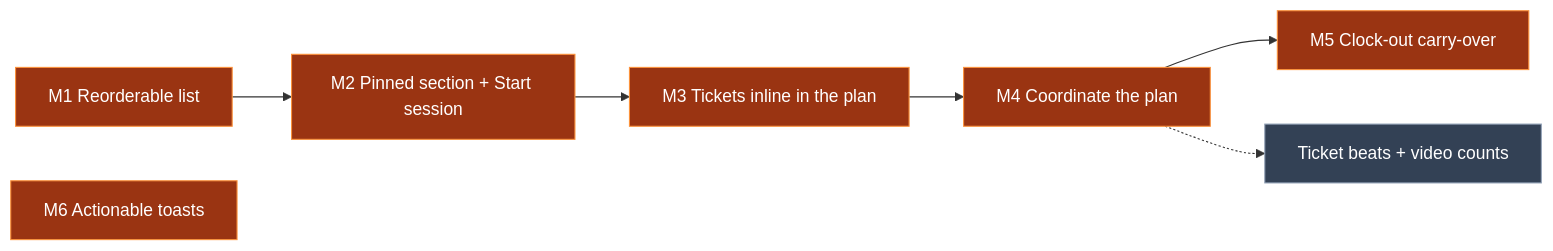
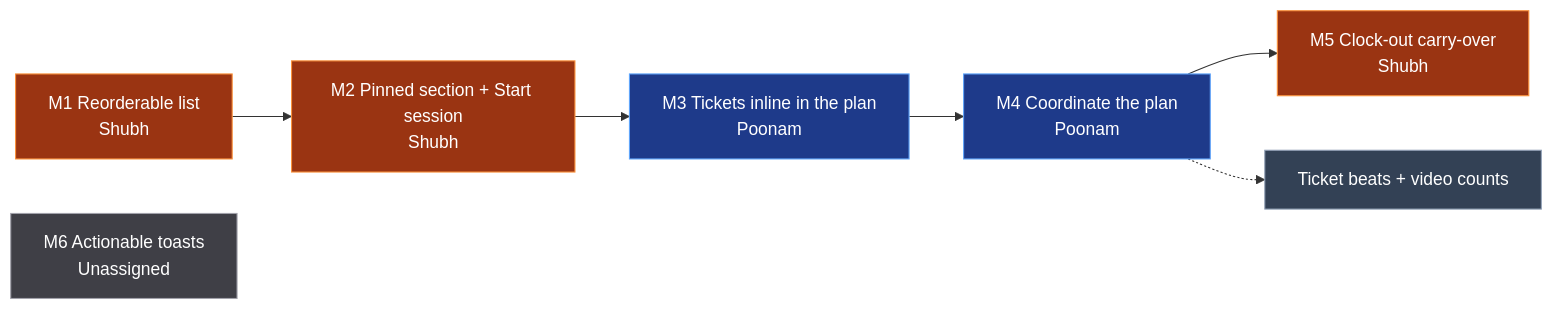
The diagram in docs/mvp-gap-plan.md (mieweb/timehuddle), drawn with Mermaid before and after one commit. The commit also changed other lines of this file, not shown here.

Commit message:
docs: add milestone owners to the MVP plan (#880)

````diff
--- a/docs/mvp-gap-plan.md
+++ b/docs/mvp-gap-plan.md
@@ -307,12 +307,14 @@
 ```mermaid
 graph LR
-    classDef mvp fill:#9a3412,stroke:#fb923c,color:#fff
+    classDef shubh fill:#9a3412,stroke:#fb923c,color:#fff
+    classDef poonam fill:#1e3a8a,stroke:#60a5fa,color:#fff
+    classDef open fill:#3f3f46,stroke:#a1a1aa,color:#fff
     classDef later fill:#334155,stroke:#94a3b8,color:#fff
-    Reorder["M1 Reorderable list"]:::mvp --> Pins["M2 Pinned section + Start session"]:::mvp
-    Pins --> Inline["M3 Tickets inline in the plan"]:::mvp
-    Inline --> Coordinate["M4 Coordinate the plan"]:::mvp
-    Coordinate --> Carry["M5 Clock-out carry-over"]:::mvp
-    Toasts["M6 Actionable toasts"]:::mvp
+    Reorder["M1 Reorderable list<br/>Shubh"]:::shubh --> Pins["M2 Pinned section + Start session<br/>Shubh"]:::shubh
+    Pins --> Inline["M3 Tickets inline in the plan<br/>Poonam"]:::poonam
+    Inline --> Coordinate["M4 Coordinate the plan<br/>Poonam"]:::poonam
+    Coordinate --> Carry["M5 Clock-out carry-over<br/>Shubh"]:::shubh
+    Toasts["M6 Actionable toasts<br/>Unassigned"]:::open
     Beats["Ticket beats + video counts"]:::later
     Coordinate -.-> Beats
 ```
````
